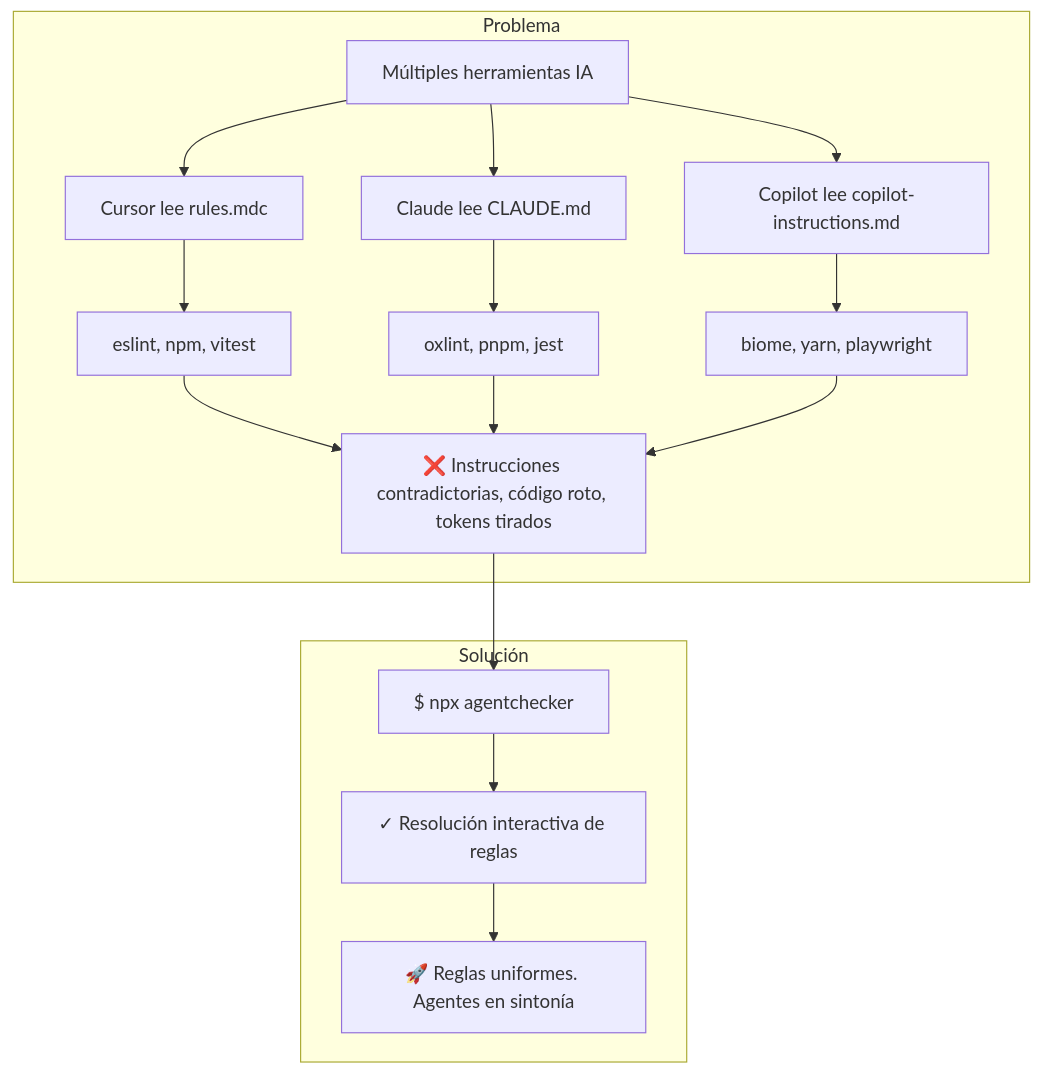
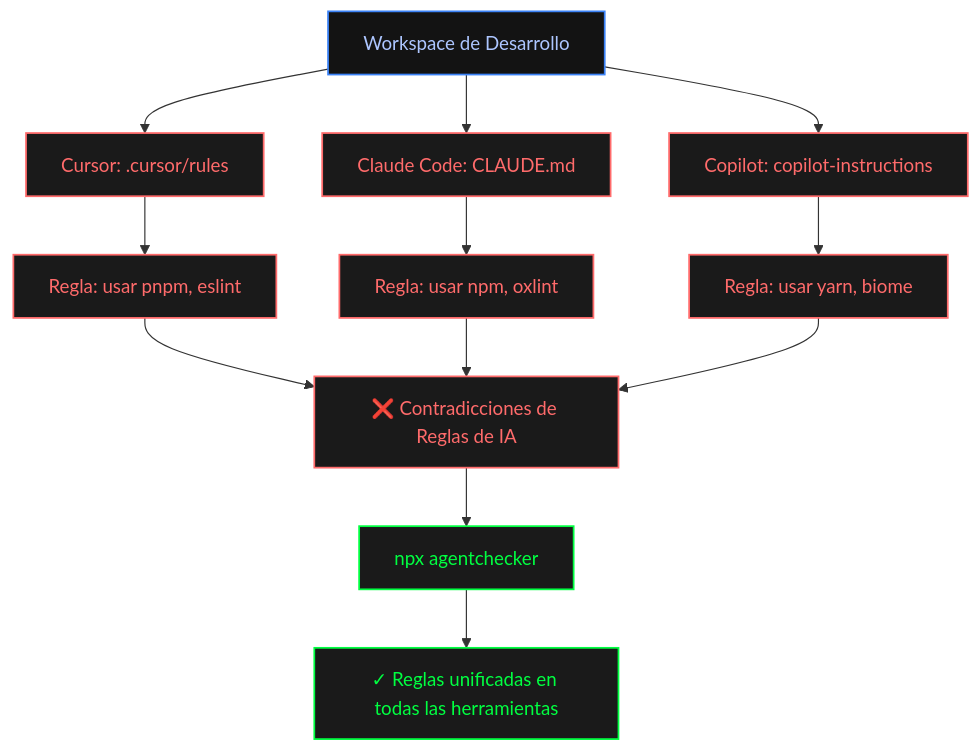
Before and after one commit to moisesvalero/agentchecker: the second of 2 diagrams in README.md, drawn with Mermaid. The commit also changed other lines of this file, not shown here.

Commit message:
docs: polish README with workflow guides and stylized diagrams

````diff
--- a/README.md
+++ b/README.md
@@ -140,17 +184,18 @@
 ```mermaid
 graph TD
-    subgraph Problema
-        A[Múltiples herramientas IA] --> B[Cursor lee rules.mdc]
-        A --> C[Claude lee CLAUDE.md]
-        A --> D[Copilot lee copilot-instructions.md]
-        B --> E["eslint, npm, vitest"]
-        C --> F["oxlint, pnpm, jest"]
-        D --> G["biome, yarn, playwright"]
-        E & F & G --> H[❌ Instrucciones contradictorias, código roto, tokens tirados]
-    end
-    subgraph Solución
-        H --> I["$ npx agentchecker"]
-        I --> J[✓ Resolución interactiva de reglas]
-        J --> K[🚀 Reglas uniformes. Agentes en sintonía]
-    end
+    classDef problem fill:#1a1a1a,stroke:#ff6b6b,stroke-width:1.5px,color:#ff6b6b;
+    classDef solution fill:#1a1a1a,stroke:#00ff41,stroke-width:1.5px,color:#00ff41;
+    classDef neutral fill:#131313,stroke:#3b82f6,stroke-width:1.5px,color:#adc6ff;
+    
+    A[Workspace de Desarrollo]:::neutral --> B[Cursor: .cursor/rules]:::problem
+    A --> C[Claude Code: CLAUDE.md]:::problem
+    A --> D[Copilot: copilot-instructions]:::problem
+    
+    B --> E["Regla: usar pnpm, eslint"]:::problem
+    C --> F["Regla: usar npm, oxlint"]:::problem
+    D --> G["Regla: usar yarn, biome"]:::problem
+    
+    E & F & G --> H[❌ Contradicciones de Reglas de IA]:::problem
+    H --> I[npx agentchecker]:::solution
+    I --> J[✓ Reglas unificadas en todas las herramientas]:::solution
 ```
````
